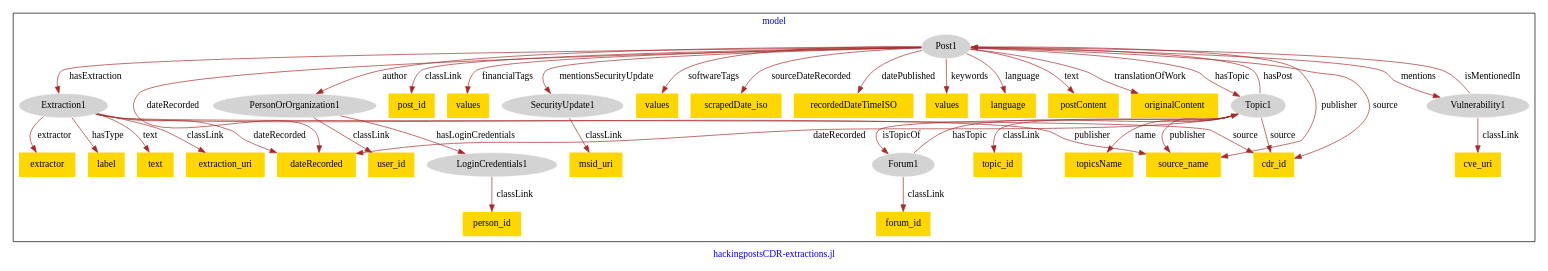
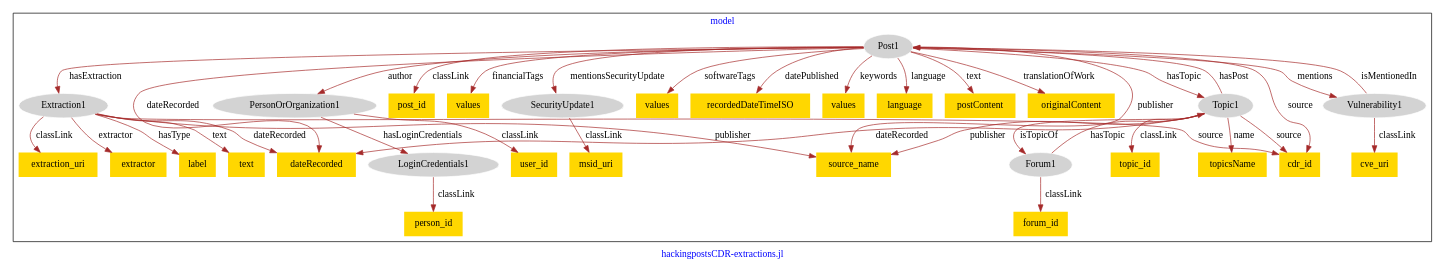
Before and after one commit to usc-isi-i2/effect-alignment: the diagram in models/asu-hacking-posts/hacking_posts-model.dot, drawn with Graphviz.

Commit message:
Update file hacking_posts-model.dot

```diff
--- a/models/asu-hacking-posts/hacking_posts-model.dot
+++ b/models/asu-hacking-posts/hacking_posts-model.dot
@@ -1,78 +1,76 @@
 digraph n0 {
 fontcolor="blue"
 remincross="true"
 label="hackingpostsCDR-extractions.jl"
 subgraph cluster {
 label="model"
 n2[style="filled",color="white",fillcolor="lightgray",label="Extraction1"];
 n3[shape="plaintext",style="filled",fillcolor="gold",label="extraction_uri"];
 n4[shape="plaintext",style="filled",fillcolor="gold",label="dateRecorded"];
 n5[shape="plaintext",style="filled",fillcolor="gold",label="extractor"];
 n6[shape="plaintext",style="filled",fillcolor="gold",label="label"];
 n7[shape="plaintext",style="filled",fillcolor="gold",label="text"];
 n8[style="filled",color="white",fillcolor="lightgray",label="Forum1"];
 n9[shape="plaintext",style="filled",fillcolor="gold",label="forum_id"];
 n10[style="filled",color="white",fillcolor="lightgray",label="LoginCredentials1"];
 n11[shape="plaintext",style="filled",fillcolor="gold",label="person_id"];
 n12[style="filled",color="white",fillcolor="lightgray",label="PersonOrOrganization1"];
 n13[shape="plaintext",style="filled",fillcolor="gold",label="user_id"];
 n14[style="filled",color="white",fillcolor="lightgray",label="Post1"];
 n15[shape="plaintext",style="filled",fillcolor="gold",label="post_id"];
 n16[shape="plaintext",style="filled",fillcolor="gold",label="values"];
 n17[style="filled",color="white",fillcolor="lightgray",label="SecurityUpdate1"];
 n18[shape="plaintext",style="filled",fillcolor="gold",label="values"];
-n19[shape="plaintext",style="filled",fillcolor="gold",label="scrapedDate_iso"];
-n20[shape="plaintext",style="filled",fillcolor="gold",label="recordedDateTimeISO"];
-n21[shape="plaintext",style="filled",fillcolor="gold",label="values"];
-n22[shape="plaintext",style="filled",fillcolor="gold",label="language"];
-n23[shape="plaintext",style="filled",fillcolor="gold",label="postContent"];
-n24[shape="plaintext",style="filled",fillcolor="gold",label="originalContent"];
-n25[shape="plaintext",style="filled",fillcolor="gold",label="msid_uri"];
-n26[style="filled",color="white",fillcolor="lightgray",label="Topic1"];
-n27[shape="plaintext",style="filled",fillcolor="gold",label="topic_id"];
-n28[shape="plaintext",style="filled",fillcolor="gold",label="topicsName"];
-n29[style="filled",color="white",fillcolor="lightgray",label="Vulnerability1"];
-n30[shape="plaintext",style="filled",fillcolor="gold",label="cve_uri"];
-n31[shape="plaintext",style="filled",fillcolor="gold",label="source_name"];
-n32[shape="plaintext",style="filled",fillcolor="gold",label="cdr_id"];
+n19[shape="plaintext",style="filled",fillcolor="gold",label="recordedDateTimeISO"];
+n20[shape="plaintext",style="filled",fillcolor="gold",label="values"];
+n21[shape="plaintext",style="filled",fillcolor="gold",label="language"];
+n22[shape="plaintext",style="filled",fillcolor="gold",label="postContent"];
+n23[shape="plaintext",style="filled",fillcolor="gold",label="originalContent"];
+n24[shape="plaintext",style="filled",fillcolor="gold",label="msid_uri"];
+n25[style="filled",color="white",fillcolor="lightgray",label="Topic1"];
+n26[shape="plaintext",style="filled",fillcolor="gold",label="topic_id"];
+n27[shape="plaintext",style="filled",fillcolor="gold",label="topicsName"];
+n28[style="filled",color="white",fillcolor="lightgray",label="Vulnerability1"];
+n29[shape="plaintext",style="filled",fillcolor="gold",label="cve_uri"];
+n30[shape="plaintext",style="filled",fillcolor="gold",label="source_name"];
+n31[shape="plaintext",style="filled",fillcolor="gold",label="cdr_id"];
 }
 n2 -> n3[color="brown",fontcolor="black",label="classLink"]
 n2 -> n4[color="brown",fontcolor="black",label="dateRecorded"]
 n2 -> n5[color="brown",fontcolor="black",label="extractor"]
 n2 -> n6[color="brown",fontcolor="black",label="hasType"]
 n2 -> n7[color="brown",fontcolor="black",label="text"]
 n8 -> n9[color="brown",fontcolor="black",label="classLink"]
 n10 -> n11[color="brown",fontcolor="black",label="classLink"]
 n12 -> n13[color="brown",fontcolor="black",label="classLink"]
 n14 -> n15[color="brown",fontcolor="black",label="classLink"]
 n14 -> n16[color="brown",fontcolor="black",label="financialTags"]
 n14 -> n17[color="brown",fontcolor="black",label="mentionsSecurityUpdate"]
 n14 -> n18[color="brown",fontcolor="black",label="softwareTags"]
-n14 -> n19[color="brown",fontcolor="black",label="sourceDateRecorded"]
-n14 -> n20[color="brown",fontcolor="black",label="datePublished"]
-n14 -> n21[color="brown",fontcolor="black",label="keywords"]
-n14 -> n22[color="brown",fontcolor="black",label="language"]
-n14 -> n23[color="brown",fontcolor="black",label="text"]
-n14 -> n24[color="brown",fontcolor="black",label="translationOfWork"]
-n17 -> n25[color="brown",fontcolor="black",label="classLink"]
-n26 -> n27[color="brown",fontcolor="black",label="classLink"]
-n26 -> n4[color="brown",fontcolor="black",label="dateRecorded"]
-n26 -> n28[color="brown",fontcolor="black",label="name"]
-n29 -> n30[color="brown",fontcolor="black",label="classLink"]
-n14 -> n26[color="brown",fontcolor="black",label="hasTopic"]
-n2 -> n31[color="brown",fontcolor="black",label="publisher"]
+n14 -> n19[color="brown",fontcolor="black",label="datePublished"]
+n14 -> n20[color="brown",fontcolor="black",label="keywords"]
+n14 -> n21[color="brown",fontcolor="black",label="language"]
+n14 -> n22[color="brown",fontcolor="black",label="text"]
+n14 -> n23[color="brown",fontcolor="black",label="translationOfWork"]
+n17 -> n24[color="brown",fontcolor="black",label="classLink"]
+n25 -> n26[color="brown",fontcolor="black",label="classLink"]
+n25 -> n4[color="brown",fontcolor="black",label="dateRecorded"]
+n25 -> n27[color="brown",fontcolor="black",label="name"]
+n28 -> n29[color="brown",fontcolor="black",label="classLink"]
+n14 -> n25[color="brown",fontcolor="black",label="hasTopic"]
+n2 -> n30[color="brown",fontcolor="black",label="publisher"]
 n14 -> n12[color="brown",fontcolor="black",label="author"]
-n29 -> n14[color="brown",fontcolor="black",label="isMentionedIn"]
-n14 -> n29[color="brown",fontcolor="black",label="mentions"]
+n28 -> n14[color="brown",fontcolor="black",label="isMentionedIn"]
+n14 -> n28[color="brown",fontcolor="black",label="mentions"]
 n14 -> n4[color="brown",fontcolor="black",label="dateRecorded"]
 n12 -> n10[color="brown",fontcolor="black",label="hasLoginCredentials"]
-n14 -> n31[color="brown",fontcolor="black",label="publisher"]
-n26 -> n32[color="brown",fontcolor="black",label="source"]
-n26 -> n14[color="brown",fontcolor="black",label="hasPost"]
-n2 -> n32[color="brown",fontcolor="black",label="source"]
-n26 -> n8[color="brown",fontcolor="black",label="isTopicOf"]
-n14 -> n32[color="brown",fontcolor="black",label="source"]
-n26 -> n31[color="brown",fontcolor="black",label="publisher"]
-n8 -> n26[color="brown",fontcolor="black",label="hasTopic"]
+n14 -> n30[color="brown",fontcolor="black",label="publisher"]
+n25 -> n31[color="brown",fontcolor="black",label="source"]
+n25 -> n14[color="brown",fontcolor="black",label="hasPost"]
+n2 -> n31[color="brown",fontcolor="black",label="source"]
+n25 -> n8[color="brown",fontcolor="black",label="isTopicOf"]
+n14 -> n31[color="brown",fontcolor="black",label="source"]
+n25 -> n30[color="brown",fontcolor="black",label="publisher"]
+n8 -> n25[color="brown",fontcolor="black",label="hasTopic"]
 n14 -> n2[color="brown",fontcolor="black",label="hasExtraction"]
 }
```
